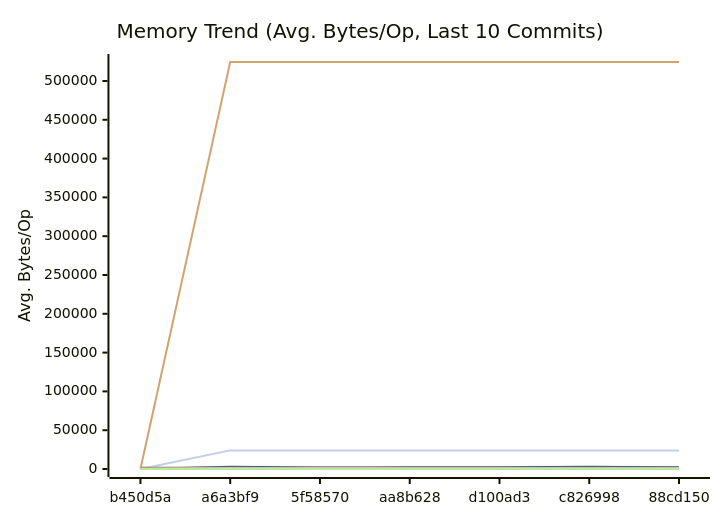
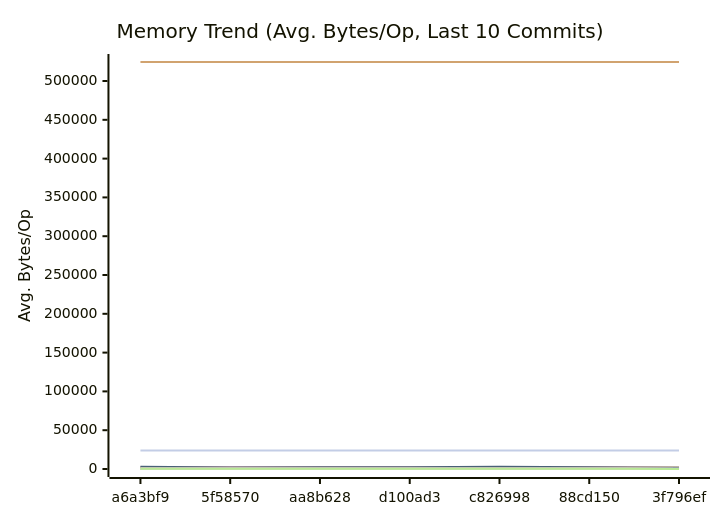
One commit to alsotoes/momo changed the second of 3 diagrams in docs/PERFORMANCE.md. Above: the diagram before and after it, drawn with Mermaid. The commit also changed other lines of this file and 5 other files, not shown here.

````diff
--- a/docs/PERFORMANCE.md
+++ b/docs/PERFORMANCE.md
@@ -300,42 +299,42 @@
 ```mermaid
 xychart-beta
     title "Memory Trend (Avg. Bytes/Op, Last 10 Commits)"
     x-axis "Commit"
     y-axis "Avg. Bytes/Op"
-    x-axis [b450d5a,a6a3bf9,5f58570,aa8b628,d100ad3,c826998,88cd150]
-    line "AWSChunkedReaderSigned" [143,153,142,131,130,147,131,74,125,105]
-    line "AWSChunkedReaderUnsigned" [153,162,145,130,120,153,135,74,112,108]
+    x-axis [a6a3bf9,5f58570,aa8b628,d100ad3,c826998,88cd150,3f796ef]
+    line "AWSChunkedReaderSigned" [153,142,131,130,147,131,74,125,105,96]
+    line "AWSChunkedReaderUnsigned" [162,145,130,120,153,135,74,112,108,97]
     line "CheckMetricsAndSwap" [0,0,0,0,0,0,0,0,0,0]
     line "CrushOptimized" [0,0,0,0,0,0,0,0,0,0]
     line "CrushOriginal" [164,164,164,164,164,164,164,164,164,164]
-    line "FormatListObjectsV2XML_AppendFormat" [0,524440,524442,524457,524463,524446,524454,524505,524477,524470]
-    line "FormatListObjectsV2XML_OldFormat" [0,24000,24000,24000,24000,24000,24000,24000,24000,24000]
-    line "HashBytes/1MiB" [0,356,303,257,324,307,303,180,267,275]
-    line "HashBytes/256MiB" [0,301,330,286,242,249,275,156,201,247]
-    line "HashBytes/64MiB" [0,351,280,291,300,306,306,169,238,228]
-    line "HashFile/1MiB" [0,305,271,267,261,261,261,152,222,241]
-    line "HashFile/256MiB" [0,298,291,174,252,283,277,161,242,258]
-    line "HashFile/64MiB" [0,332,283,240,221,273,250,155,239,200]
+    line "FormatListObjectsV2XML_AppendFormat" [524440,524442,524457,524463,524446,524454,524505,524477,524470,524490]
+    line "FormatListObjectsV2XML_OldFormat" [24000,24000,24000,24000,24000,24000,24000,24000,24000,24000]
+    line "HashBytes/1MiB" [356,303,257,324,307,303,180,267,275,210]
+    line "HashBytes/256MiB" [301,330,286,242,249,275,156,201,247,231]
+    line "HashBytes/64MiB" [351,280,291,300,306,306,169,238,228,265]
+    line "HashFile/1MiB" [305,271,267,261,261,261,152,222,241,209]
+    line "HashFile/256MiB" [298,291,174,252,283,277,161,242,258,191]
+    line "HashFile/64MiB" [332,283,240,221,273,250,155,239,200,192]
     line "IndexDirectTracking" [0,0,0,0,0,0,0,0,0,0]
     line "IndexSearch" [0,0,0,0,0,0,0,0,0,0]
-    line "LoadGlobalConfig" [1848,1976,1976,1976,1976,1976,1976,1976,1976,1976]
-    line "LocalWrite/1MiB" [0,2714,1959,1683,2004,2716,1034,1217,1691,1967]
-    line "LocalWrite/256MiB" [0,2563,2177,2270,2223,2404,2222,1422,1646,1959]
-    line "LocalWrite/64MiB" [0,2789,1880,2221,2158,2776,2232,1512,1973,2038]
+    line "LoadGlobalConfig" [1976,1976,1976,1976,1976,1976,1976,1976,1976,1976]
+    line "LocalWrite/1MiB" [2714,1959,1683,2004,2716,1034,1217,1691,1967,1729]
+    line "LocalWrite/256MiB" [2563,2177,2270,2223,2404,2222,1422,1646,1959,1986]
+    line "LocalWrite/64MiB" [2789,1880,2221,2158,2776,2232,1512,1973,2038,2017]
     line "PadString" [64,64,64,64,64,64,64,64,64,64]
     line "ParseReplicationOrder_NoPrealloc" [408,408,408,408,408,248,248,248,248,248]
     line "ParseReplicationOrder_Prealloc" [240,240,240,240,240,80,80,80,80,80]
-    line "Placement" [0,352,352,352,352,352,352,352,352,352]
-    line "PlacementDomainSpread" [0,352,352,352,352,352,352,352,352,352]
-    line "ReadVerify/1MiB" [0,316,252,237,270,284,342,157,178,241]
-    line "ReadVerify/256MiB" [0,322,287,256,268,303,291,160,208,176]
-    line "ReadVerify/64MiB" [0,316,322,241,295,322,283,141,182,186]
-    line "S3PutSpool/1MiB" [0,287,281,227,254,264,205,129,181,259]
-    line "S3PutSpool/256MiB" [0,254,245,213,271,241,260,133,173,246]
-    line "S3PutSpool/64MiB" [0,222,269,234,286,234,263,133,178,228]
+    line "Placement" [352,352,352,352,352,352,352,352,352,352]
+    line "PlacementDomainSpread" [352,352,352,352,352,352,352,352,352,352]
+    line "ReadVerify/1MiB" [316,252,237,270,284,342,157,178,241,216]
+    line "ReadVerify/256MiB" [322,287,256,268,303,291,160,208,176,222]
+    line "ReadVerify/64MiB" [316,322,241,295,322,283,141,182,186,222]
+    line "S3PutSpool/1MiB" [287,281,227,254,264,205,129,181,259,187]
+    line "S3PutSpool/256MiB" [254,245,213,271,241,260,133,173,246,154]
+    line "S3PutSpool/64MiB" [222,269,234,286,234,263,133,178,228,171]
     line "SanitizeLog/Safe" [0,0,0,0,0,0,0,0,0,0]
     line "SanitizeLog/Unsafe" [704,704,704,704,704,704,704,704,704,704]
-    line "TrustedRead/1MiB" [0,297,289,226,325,241,291,135,243,157]
-    line "TrustedRead/256MiB" [0,283,315,219,242,305,231,134,212,170]
-    line "TrustedRead/64MiB" [0,308,244,238,322,299,233,144,186,164]
+    line "TrustedRead/1MiB" [297,289,226,325,241,291,135,243,157,183]
+    line "TrustedRead/256MiB" [283,315,219,242,305,231,134,212,170,199]
+    line "TrustedRead/64MiB" [308,244,238,322,299,233,144,186,164,192]
 ```
````
